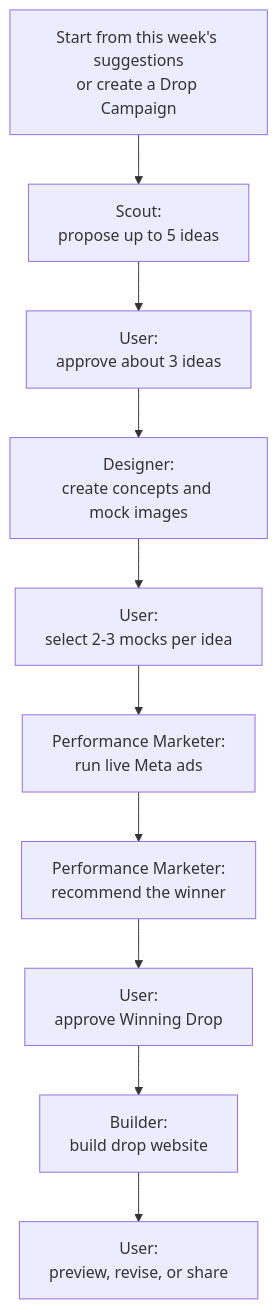
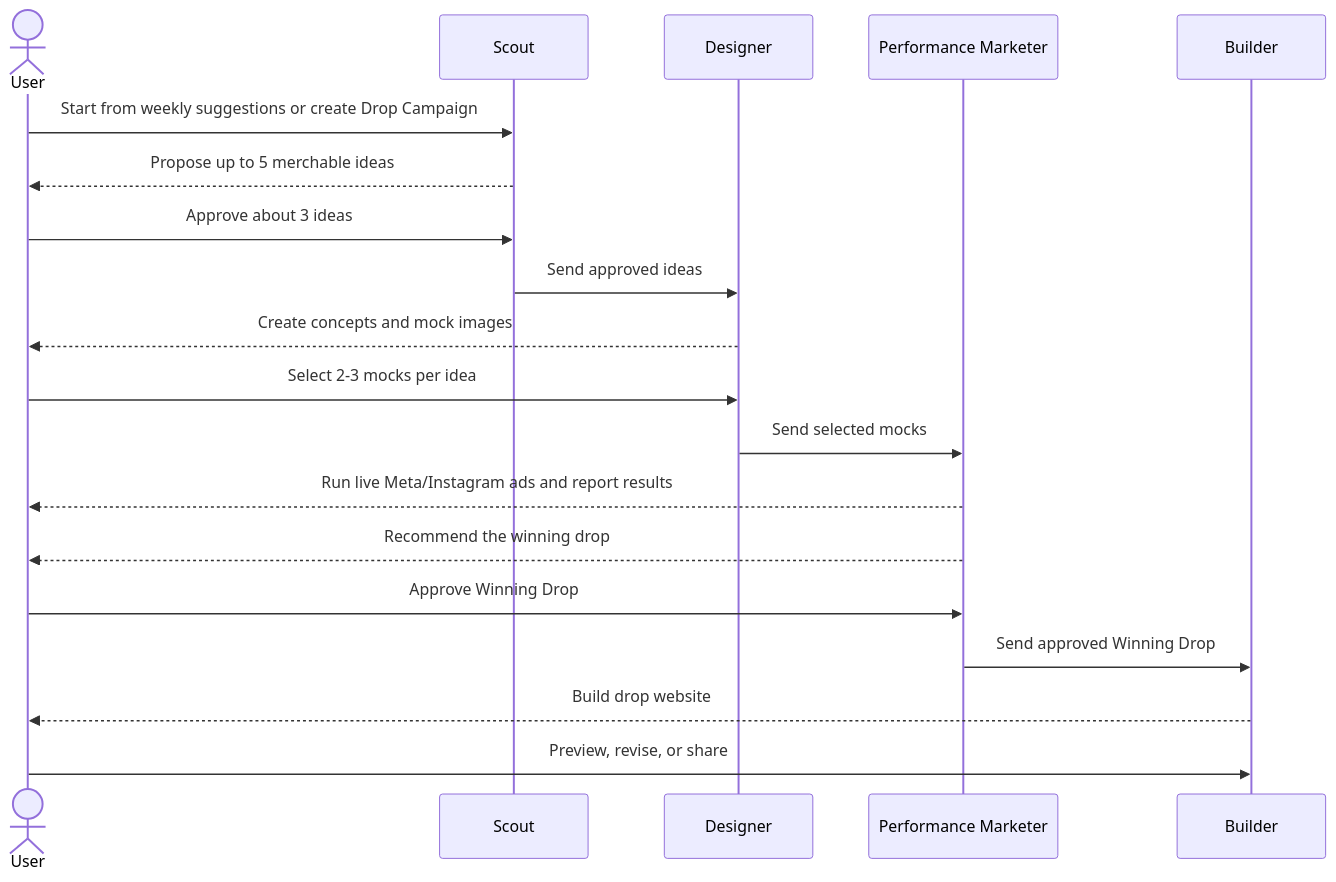
Before and after one commit to neilsanghrajka/drip: the first of 8 diagrams in docs/PRD.md, drawn with Mermaid. The commit also changed 5 other files, not shown here.

````diff
--- a/docs/PRD.md
+++ b/docs/PRD.md
@@ -87,15 +87,25 @@
 ```mermaid
-flowchart TD
-  A["Start from this week's suggestions<br/>or create a Drop Campaign"]
-  B["Scout:<br/>propose up to 5 ideas"]
-  C["User:<br/>approve about 3 ideas"]
-  D["Designer:<br/>create concepts and mock images"]
-  E["User:<br/>select 2-3 mocks per idea"]
-  F["Performance Marketer:<br/>run live Meta ads"]
-  G["Performance Marketer:<br/>recommend the winner"]
-  H["User:<br/>approve Winning Drop"]
-  I["Builder:<br/>build drop website"]
-  J["User:<br/>preview, revise, or share"]
+sequenceDiagram
+  actor User
+  participant Scout
+  participant Designer
+  participant Marketer as Performance Marketer
+  participant Builder
 
-  A --> B --> C --> D --> E --> F --> G --> H --> I --> J
+  User->>Scout: Start from weekly suggestions or create Drop Campaign
+  Scout-->>User: Propose up to 5 merchable ideas
+  User->>Scout: Approve about 3 ideas
+
+  Scout->>Designer: Send approved ideas
+  Designer-->>User: Create concepts and mock images
+  User->>Designer: Select 2-3 mocks per idea
+
+  Designer->>Marketer: Send selected mocks
+  Marketer-->>User: Run live Meta/Instagram ads and report results
+  Marketer-->>User: Recommend the winning drop
+  User->>Marketer: Approve Winning Drop
+
+  Marketer->>Builder: Send approved Winning Drop
+  Builder-->>User: Build drop website
+  User->>Builder: Preview, revise, or share
 ```
````
